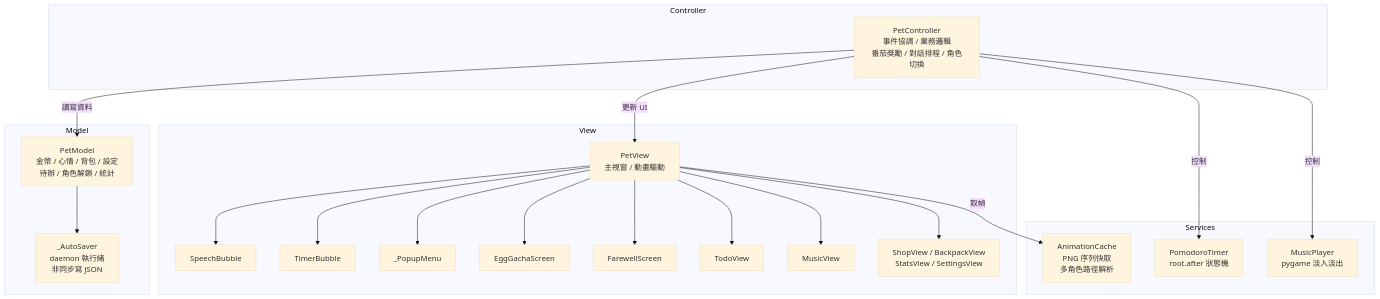
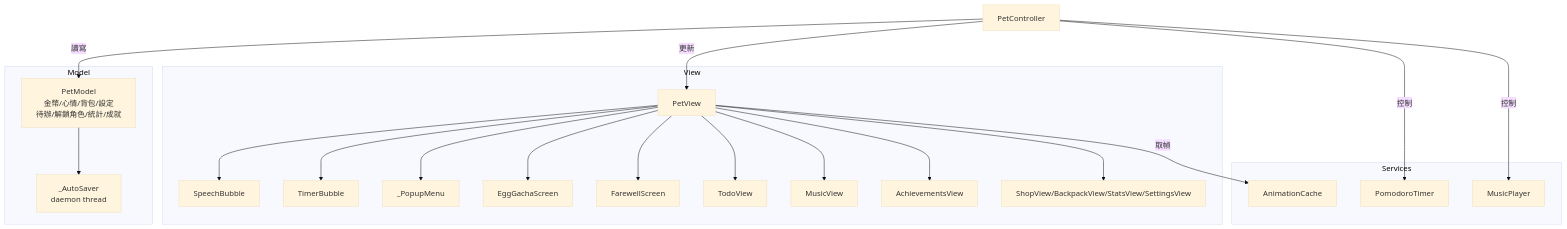
One commit to DreamerForJay/tkinter-desktop-pet changed the diagram in README.md. Above: the diagram before and after it, drawn with Mermaid (base theme). The commit also changed other lines of this file and 2 other files, not shown here.

````diff
--- a/README.md
+++ b/README.md
@@ -151,33 +141,19 @@
 ```mermaid
 flowchart TD
-    subgraph Controller
-        C[PetController\n事件協調 / 業務邏輯\n番茄獎勵 / 對話排程 / 角色切換]
-    end
     subgraph Model
-        M[PetModel\n金幣 / 心情 / 背包 / 設定\n待辦 / 角色解鎖 / 統計]
-        AS[_AutoSaver\ndaemon 執行緒\n非同步寫 JSON]
-        M --> AS
+        PM[PetModel\n金幣/心情/背包/設定\n待辦/解鎖角色/統計/成就] --> AS[_AutoSaver\ndaemon thread]
     end
     subgraph Services
-        PT[PomodoroTimer\nroot.after 狀態機]
-        MP[MusicPlayer\npygame 淡入淡出]
-        AC[AnimationCache\nPNG 序列快取\n多角色路徑解析]
+        PT[PomodoroTimer] & MP[MusicPlayer] & AC[AnimationCache]
     end
     subgraph View
-        PV[PetView\n主視窗 / 動畫驅動]
-        SB[SpeechBubble]
-        TB[TimerBubble]
-        PM[_PopupMenu]
-        EG[EggGachaScreen]
-        FS[FarewellScreen]
-        TV[TodoView]
-        MV[MusicView]
-        SW[ShopView / BackpackView\nStatsView / SettingsView]
-        PV --> SB & TB & PM & EG & FS & TV & MV & SW
+        PV[PetView] --> SB[SpeechBubble] & TB[TimerBubble] & PM2[_PopupMenu]
+        PV --> EG[EggGachaScreen] & FS[FarewellScreen]
+        PV --> TV[TodoView] & MV[MusicView] & AV[AchievementsView]
+        PV --> SW[ShopView/BackpackView/StatsView/SettingsView]
     end
-
-    C -->|讀寫資料| M
-    C -->|更新 UI| PV
+    C[PetController] -->|讀寫| PM
+    C -->|更新| PV
     C -->|控制| PT & MP
     PV -->|取幀| AC
 ```
````
